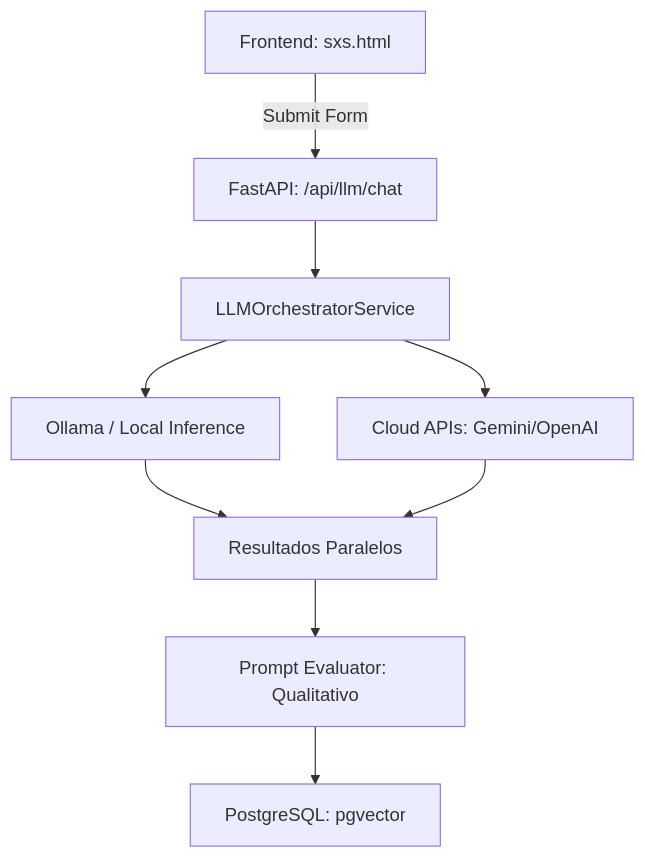
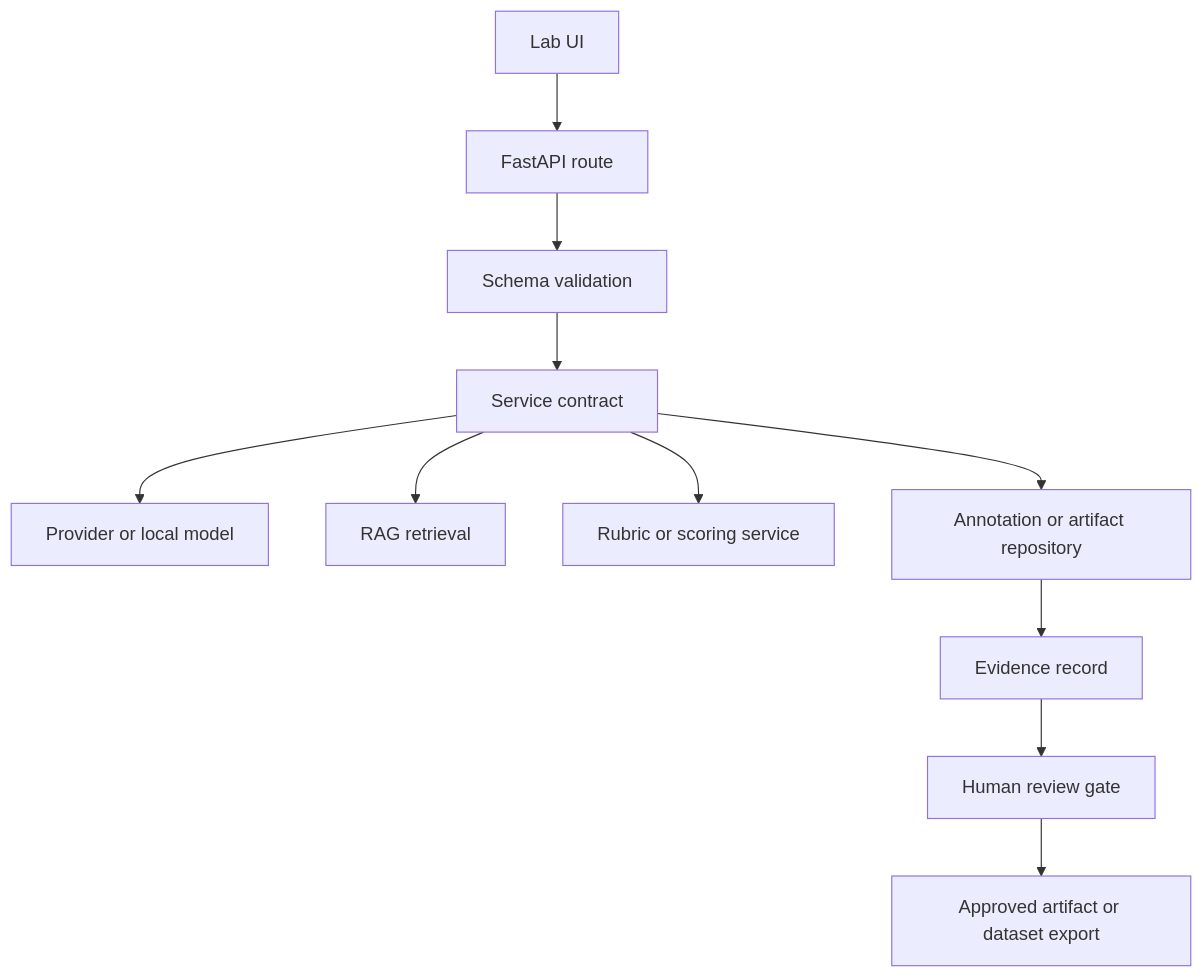
Before and after one commit to Marcelo9C/second_brain: the diagram in ARCHITECTURE.md, drawn with Mermaid. The commit also changed other lines of this file and 5 other files, not shown here.

````diff
--- a/ARCHITECTURE.md
+++ b/ARCHITECTURE.md
@@ -7,11 +61,13 @@
 ```mermaid
 graph TD
-    A[Frontend: sxs.html] -->|Submit Form| B[FastAPI: /api/llm/chat]
-    B --> C[LLMOrchestratorService]
-    C --> D1[Ollama / Local Inference]
-    C --> D2[Cloud APIs: Gemini/OpenAI]
-    D1 --> E[Resultados Paralelos]
-    D2 --> E
-    E --> F[Prompt Evaluator: Qualitativo]
-    F --> G[PostgreSQL: pgvector]
+    A[Lab UI] --> B[FastAPI route]
+    B --> C[Schema validation]
+    C --> D[Service contract]
+    D --> E[Provider or local model]
+    D --> F[RAG retrieval]
+    D --> G[Rubric or scoring service]
+    D --> H[Annotation or artifact repository]
+    H --> I[Evidence record]
+    I --> J[Human review gate]
+    J --> K[Approved artifact or dataset export]
 ```
````
